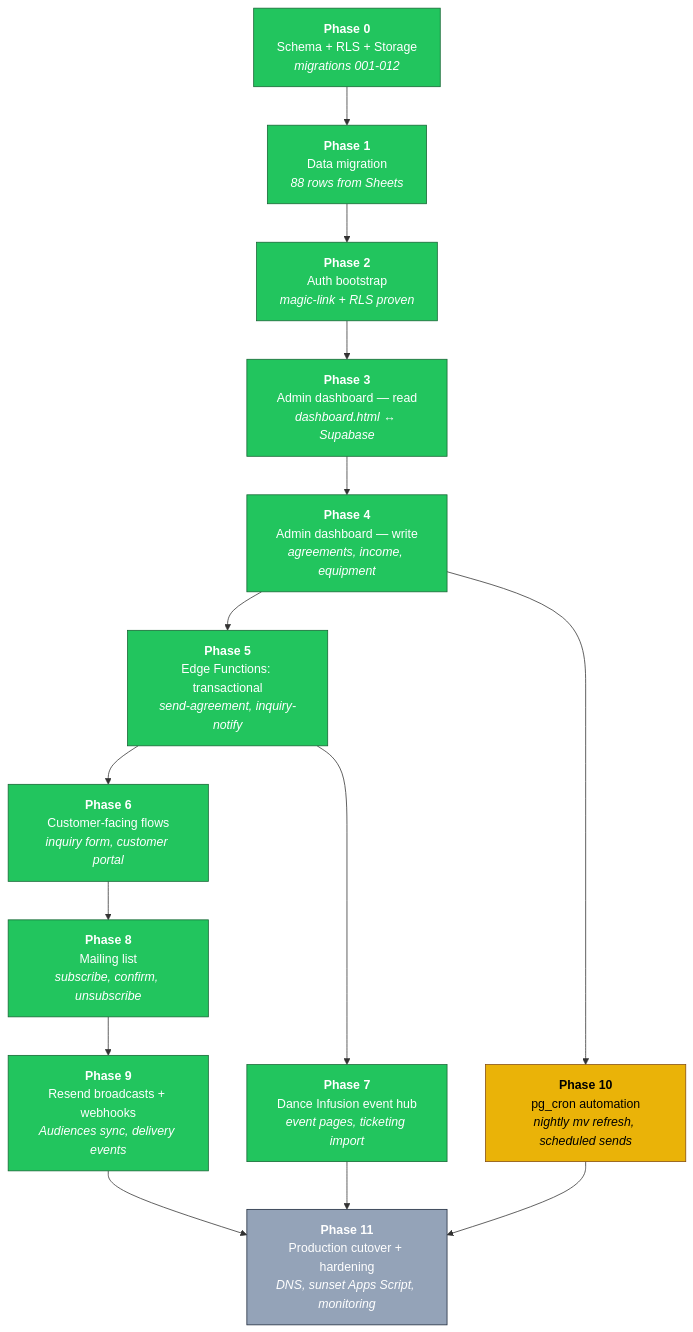
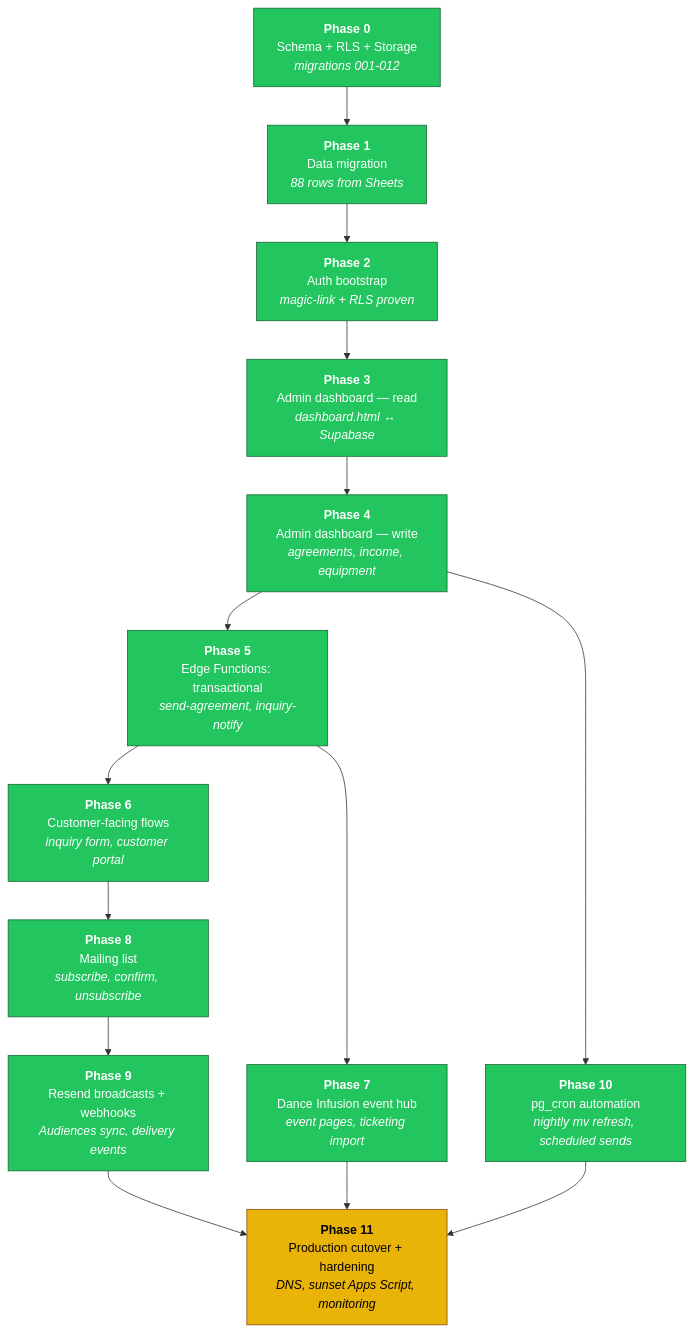
The first of 2 diagrams in ROADMAP.md (Berkythe4/comewith), drawn with Mermaid before and after one commit. The commit also changed other lines of this file and 1 other file, not shown here.

Commit message:
Phase 10 close: roadmap status (P10 done, P11 next)

````diff
--- a/ROADMAP.md
+++ b/ROADMAP.md
@@ -21,33 +21,32 @@
 ```mermaid
 flowchart TD
     classDef done fill:#22c55e,stroke:#166534,color:#fff
     classDef next fill:#eab308,stroke:#854d0e,color:#000
     classDef planned fill:#94a3b8,stroke:#1e293b,color:#fff
 
     P0["<b>Phase 0</b><br/>Schema + RLS + Storage<br/><i>migrations 001-012</i>"]
     P1["<b>Phase 1</b><br/>Data migration<br/><i>88 rows from Sheets</i>"]
     P2["<b>Phase 2</b><br/>Auth bootstrap<br/><i>magic-link + RLS proven</i>"]
     P3["<b>Phase 3</b><br/>Admin dashboard — read<br/><i>dashboard.html ↔ Supabase</i>"]
     P4["<b>Phase 4</b><br/>Admin dashboard — write<br/><i>agreements, income, equipment</i>"]
     P5["<b>Phase 5</b><br/>Edge Functions: transactional<br/><i>send-agreement, inquiry-notify</i>"]
     P6["<b>Phase 6</b><br/>Customer-facing flows<br/><i>inquiry form, customer portal</i>"]
     P7["<b>Phase 7</b><br/>Dance Infusion event hub<br/><i>event pages, ticketing import</i>"]
     P8["<b>Phase 8</b><br/>Mailing list<br/><i>subscribe, confirm, unsubscribe</i>"]
     P9["<b>Phase 9</b><br/>Resend broadcasts + webhooks<br/><i>Audiences sync, delivery events</i>"]
     P10["<b>Phase 10</b><br/>pg_cron automation<br/><i>nightly mv refresh, scheduled sends</i>"]
     P11["<b>Phase 11</b><br/>Production cutover + hardening<br/><i>DNS, sunset Apps Script, monitoring</i>"]
 
     P0 --> P1 --> P2 --> P3 --> P4 --> P5
     P5 --> P6
     P5 --> P7
     P6 --> P8
     P8 --> P9
     P4 --> P10
     P9 --> P11
     P10 --> P11
     P7 --> P11
 
-    class P0,P1,P2,P3,P4,P5,P6,P7,P8,P9 done
-    class P10 next
-    class P11 planned
+    class P0,P1,P2,P3,P4,P5,P6,P7,P8,P9,P10 done
+    class P11 next
 ```
````
